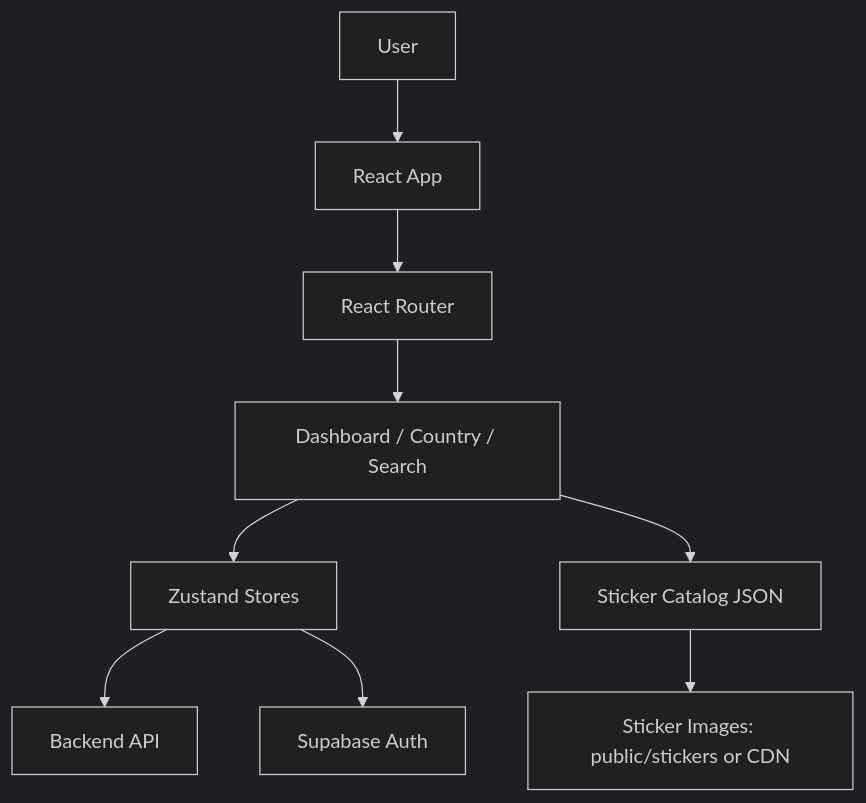
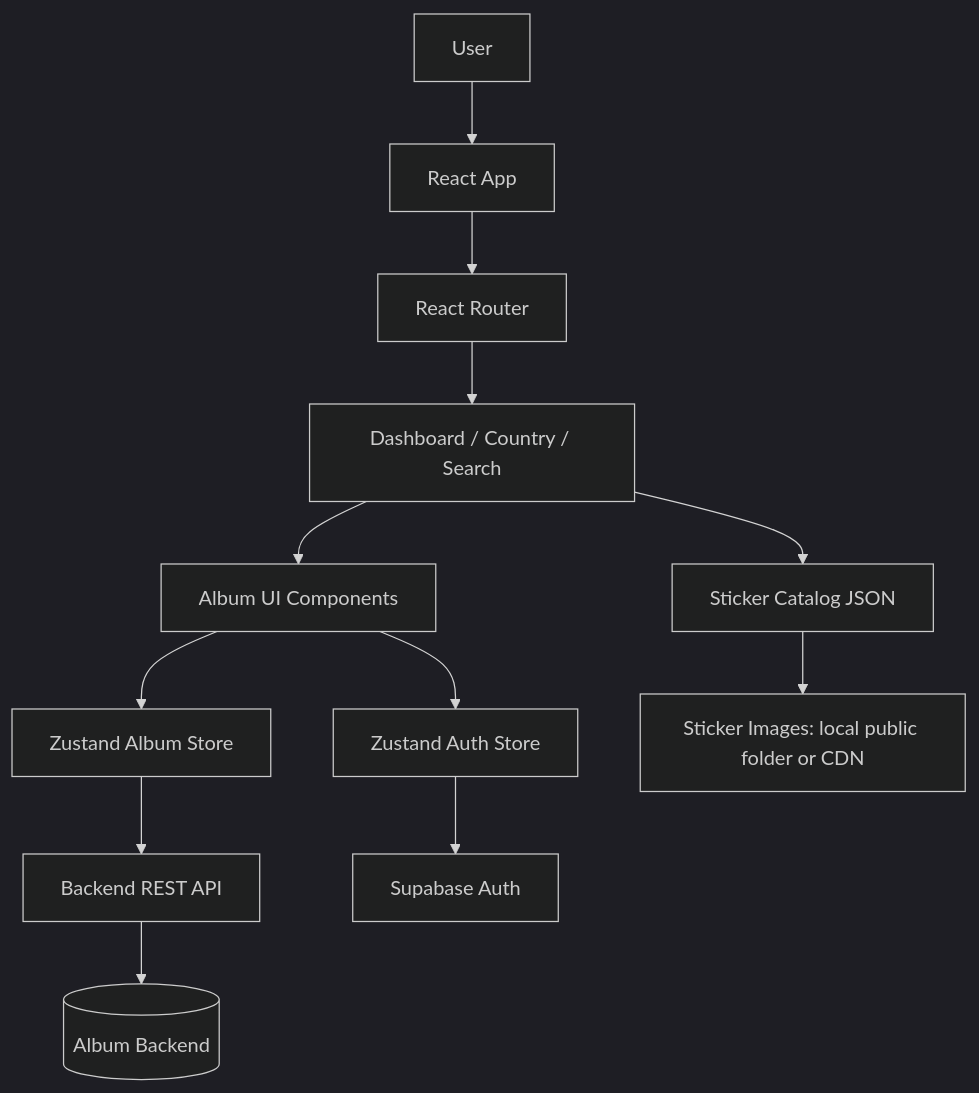
One commit to NicolasHoyosDevss/Album-front changed the diagram in README.md. Above: the diagram before and after it, drawn with Mermaid (dark theme). The commit also changed other lines of this file and 2 other files, not shown here.

````diff
--- a/README.md
+++ b/README.md
@@ -64,11 +89,14 @@
 ```mermaid
 flowchart TD
     User[User] --> App[React App]
     App --> Router[React Router]
     Router --> Pages[Dashboard / Country / Search]
-    Pages --> Store[Zustand Stores]
-    Store --> API[Backend API]
-    Store --> Auth[Supabase Auth]
+    Pages --> Components[Album UI Components]
+    Components --> AlbumStore[Zustand Album Store]
+    Components --> AuthStore[Zustand Auth Store]
+    AlbumStore --> API[Backend REST API]
+    AuthStore --> Supabase[Supabase Auth]
+    API --> Backend[(Album Backend)]
     Pages --> Catalog[Sticker Catalog JSON]
-    Catalog --> Assets[Sticker Images: public/stickers or CDN]
+    Catalog --> Assets[Sticker Images: local public folder or CDN]
 ```
````
